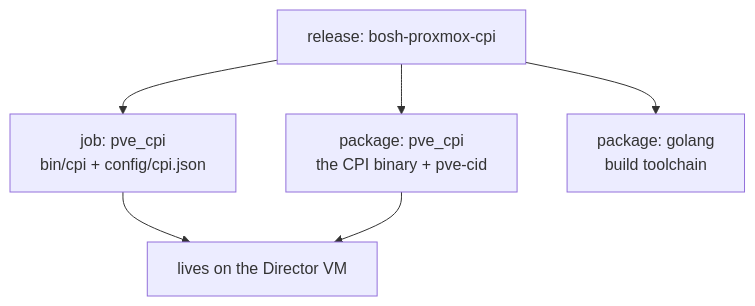
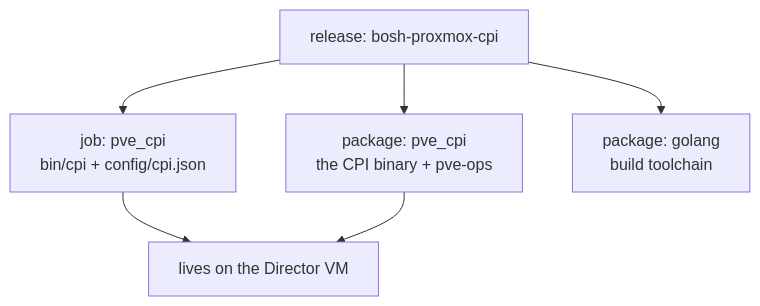
Before and after one commit to fivetwenty-io/bosh-proxmox-cpi-release: the diagram in docs/intro-overview/02-the-cast.md, drawn with Mermaid. The commit also changed other lines of this file and 97 other files, not shown here.

Commit message:
refactor(cli): rename the pve-cid operator CLI to pve-ops

````diff
--- a/docs/intro-overview/02-the-cast.md
+++ b/docs/intro-overview/02-the-cast.md
@@ -47,8 +47,8 @@
 ```mermaid
 flowchart TD
     R["release: bosh-proxmox-cpi"] --> J["job: pve_cpi<br/>bin/cpi + config/cpi.json"]
-    R --> P1["package: pve_cpi<br/>the CPI binary + pve-cid"]
+    R --> P1["package: pve_cpi<br/>the CPI binary + pve-ops"]
     R --> P2["package: golang<br/>build toolchain"]
     J --> DVM["lives on the Director VM"]
     P1 --> DVM
 ```
````
